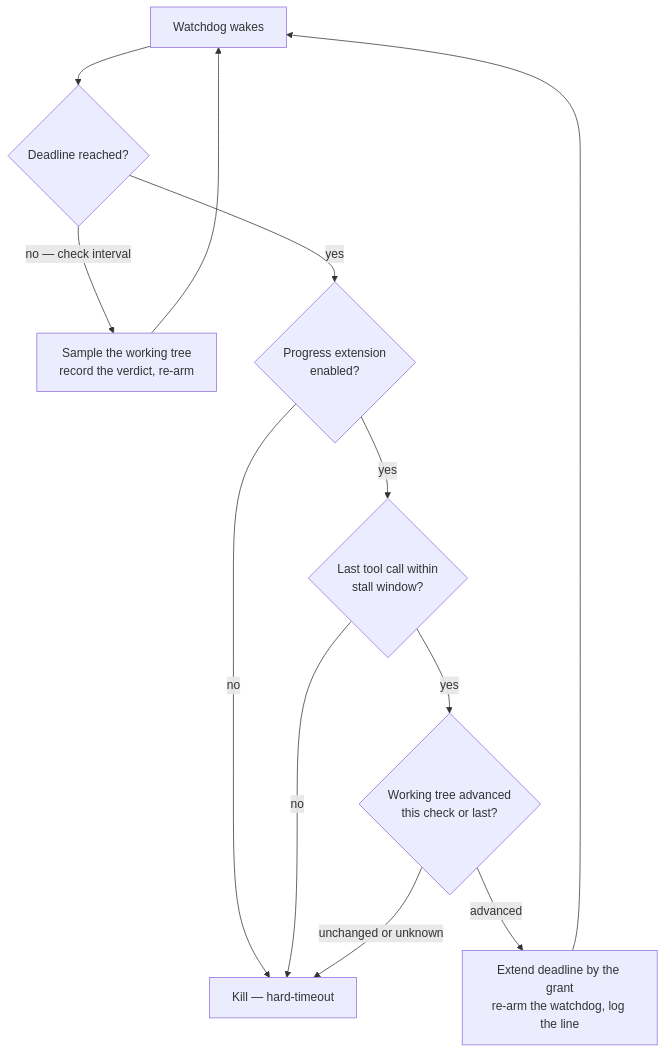
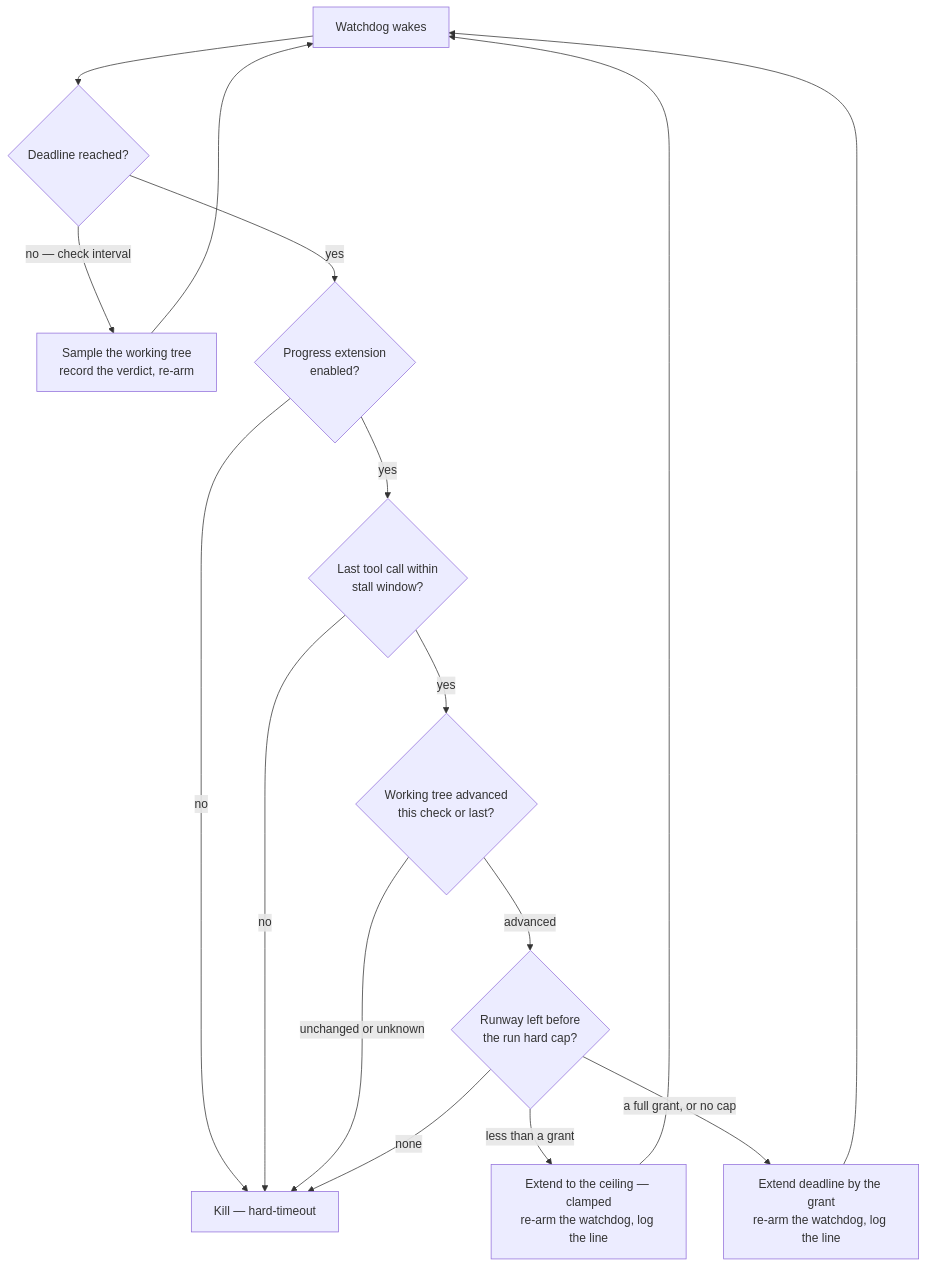
One commit to stSoftwareAU/VibeCoder changed the second of 9 diagrams in docs/CONFIGURATION.md. Above: the diagram before and after it, drawn with Mermaid. The commit also changed other lines of this file and 17 other files, not shown here.

First line of the commit message:
Bound progress extensions by the supervisor hard cap (Issue #421)

````diff
--- a/docs/CONFIGURATION.md
+++ b/docs/CONFIGURATION.md
@@ -976,14 +1001,18 @@
 ```mermaid
 flowchart TD
     W[Watchdog wakes] --> I{Deadline reached?}
     I -->|no — check interval| S[Sample the working tree<br/>record the verdict, re-arm]
     S --> W
     I -->|yes| B{Progress extension<br/>enabled?}
     B -->|no| K[Kill — hard-timeout]
     B -->|yes| C{Last tool call within<br/>stall window?}
     C -->|no| K
     C -->|yes| D{Working tree advanced<br/>this check or last?}
     D -->|unchanged or unknown| K
-    D -->|advanced| E[Extend deadline by the grant<br/>re-arm the watchdog, log the line]
+    D -->|advanced| F{Runway left before<br/>the run hard cap?}
+    F -->|none| K
+    F -->|less than a grant| G[Extend to the ceiling — clamped<br/>re-arm the watchdog, log the line]
+    F -->|a full grant, or no cap| E[Extend deadline by the grant<br/>re-arm the watchdog, log the line]
     E --> W
+    G --> W
 ```
````
